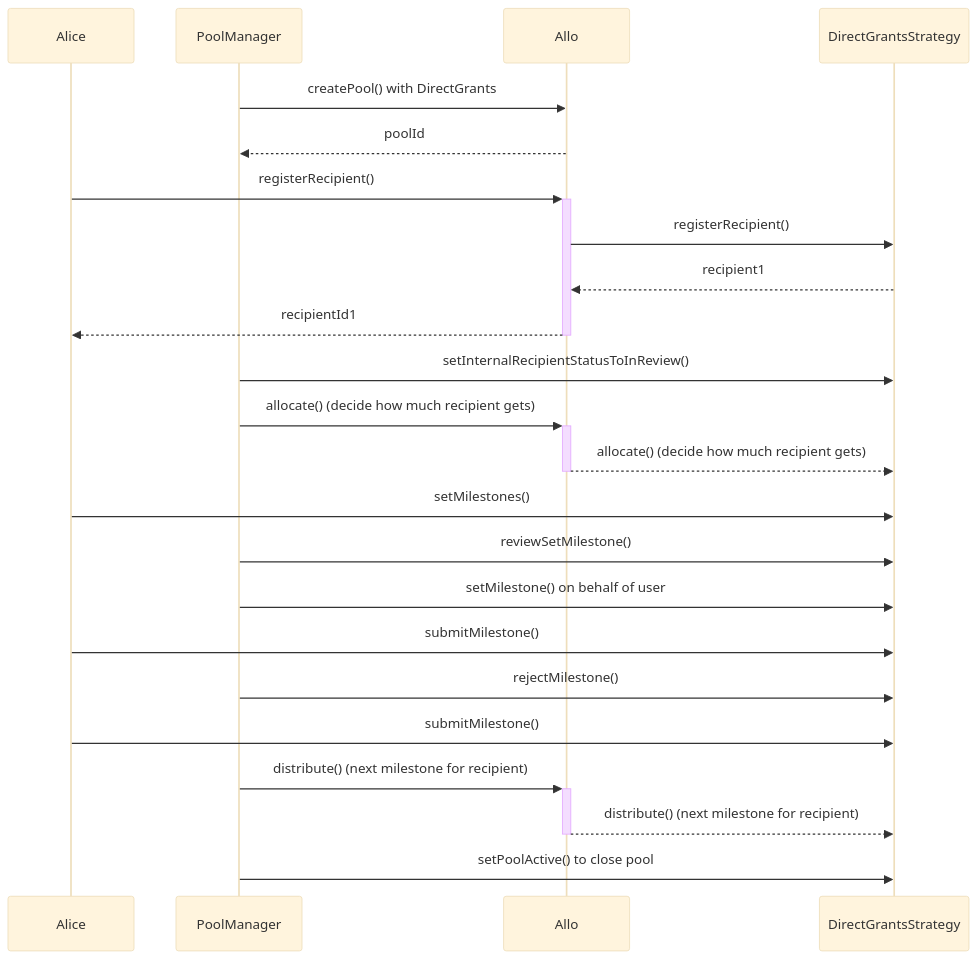
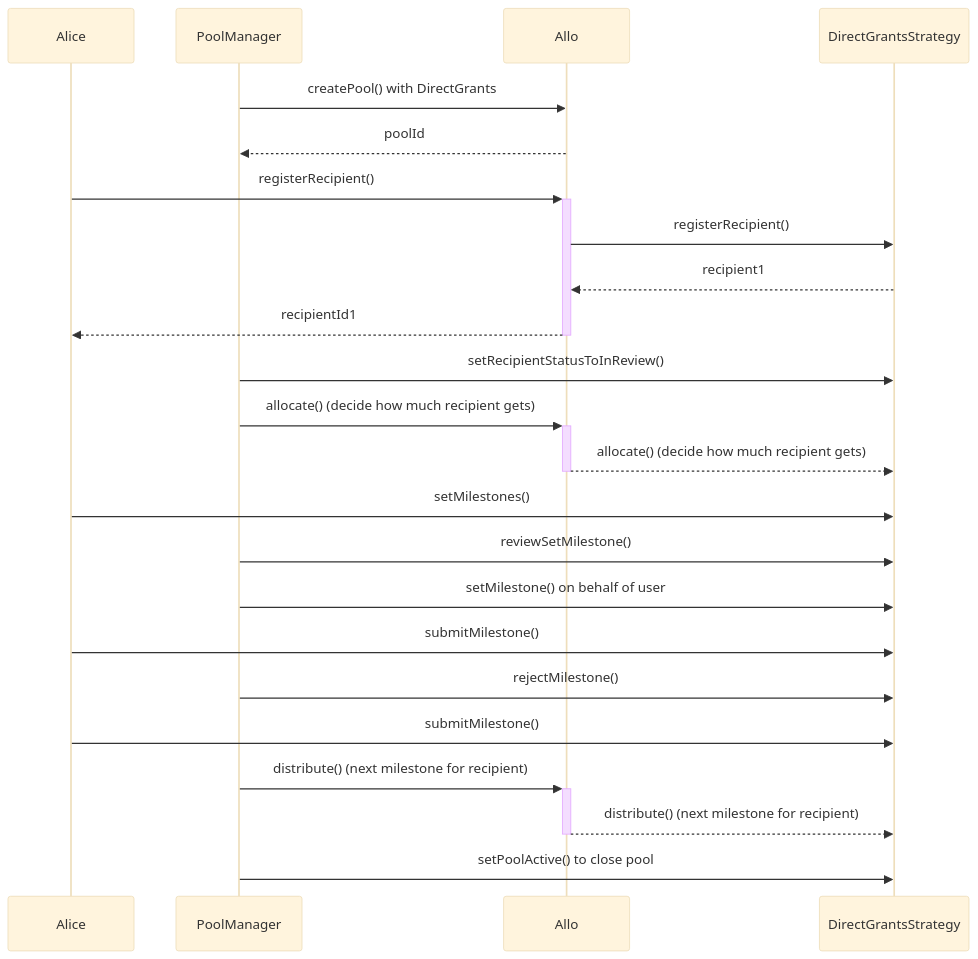
The diagram in contracts/strategies/direct-grants-simple/DirectGrantsSimpleStrategy.md (allo-protocol/allo-v2), drawn with Mermaid (base theme) before and after one commit. The commit also changed other lines of this file and 112 other files, not shown here.

````diff
--- a/contracts/strategies/direct-grants-simple/DirectGrantsSimpleStrategy.md
+++ b/contracts/strategies/direct-grants-simple/DirectGrantsSimpleStrategy.md
@@ -35,26 +34,26 @@
 ```mermaid
 sequenceDiagram
     participant Alice
     participant PoolManager
     participant Allo
     participant DirectGrantsStrategy
 
     PoolManager->>Allo: createPool() with DirectGrants
     Allo-->>PoolManager: poolId
     Alice->>+Allo: registerRecipient()
     Allo->>DirectGrantsStrategy: registerRecipient()
     DirectGrantsStrategy-->>Allo: recipient1
     Allo-->>-Alice: recipientId1
-    PoolManager->>DirectGrantsStrategy: setInternalRecipientStatusToInReview()
+    PoolManager->>DirectGrantsStrategy: setRecipientStatusToInReview()
     PoolManager->>+Allo: allocate() (decide how much recipient gets)
     Allo-->>-DirectGrantsStrategy: allocate() (decide how much recipient gets)
     Alice->> DirectGrantsStrategy: setMilestones()
     PoolManager->> DirectGrantsStrategy: reviewSetMilestone()
     PoolManager->> DirectGrantsStrategy: setMilestone() on behalf of user
     Alice->>DirectGrantsStrategy: submitMilestone()
     PoolManager->>DirectGrantsStrategy: rejectMilestone()
     Alice->>DirectGrantsStrategy: submitMilestone()
     PoolManager->>+Allo: distribute() (next milestone for recipient)
     Allo-->>-DirectGrantsStrategy: distribute() (next milestone for recipient)
     PoolManager->>DirectGrantsStrategy: setPoolActive() to close pool
 ```
````
